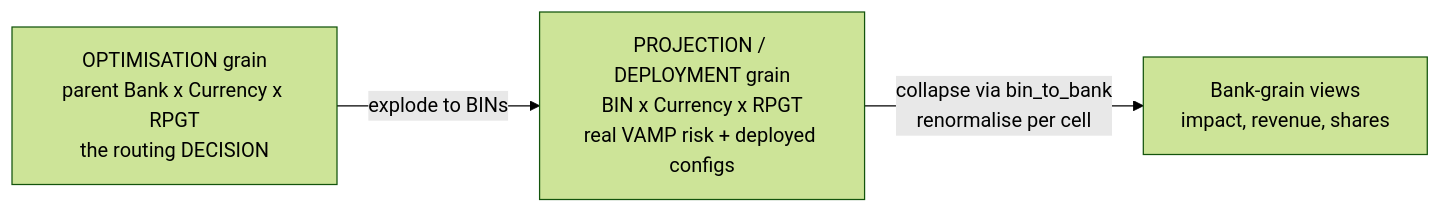
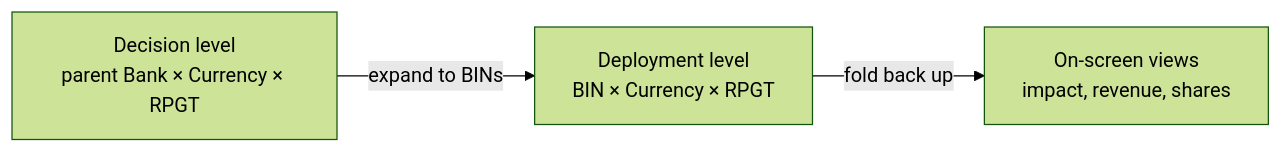
The second of 4 diagrams in README.md (BenCookTS1996/mid-split-interface), drawn with Mermaid (forest theme) before and after one commit. The commit also changed other lines of this file and 21 other files, not shown here.

````diff
--- a/README.md
+++ b/README.md
@@ -135,8 +107,8 @@
 ```mermaid
 flowchart LR
-    DEC["OPTIMISATION grain<br/>parent Bank x Currency x RPGT<br/>the routing DECISION"]
-    DEP["PROJECTION / DEPLOYMENT grain<br/>BIN x Currency x RPGT<br/>real VAMP risk + deployed configs"]
-    VIEW["Bank-grain views<br/>impact, revenue, shares"]
-    DEC -->|"explode to BINs"| DEP
-    DEP -->|"collapse via bin_to_bank<br/>renormalise per cell"| VIEW
+    DEC["Decision level<br/>parent Bank × Currency × RPGT"]
+    DEP["Deployment level<br/>BIN × Currency × RPGT"]
+    VIEW["On-screen views<br/>impact, revenue, shares"]
+    DEC -->|"expand to BINs"| DEP
+    DEP -->|"fold back up"| VIEW
 ```
````
